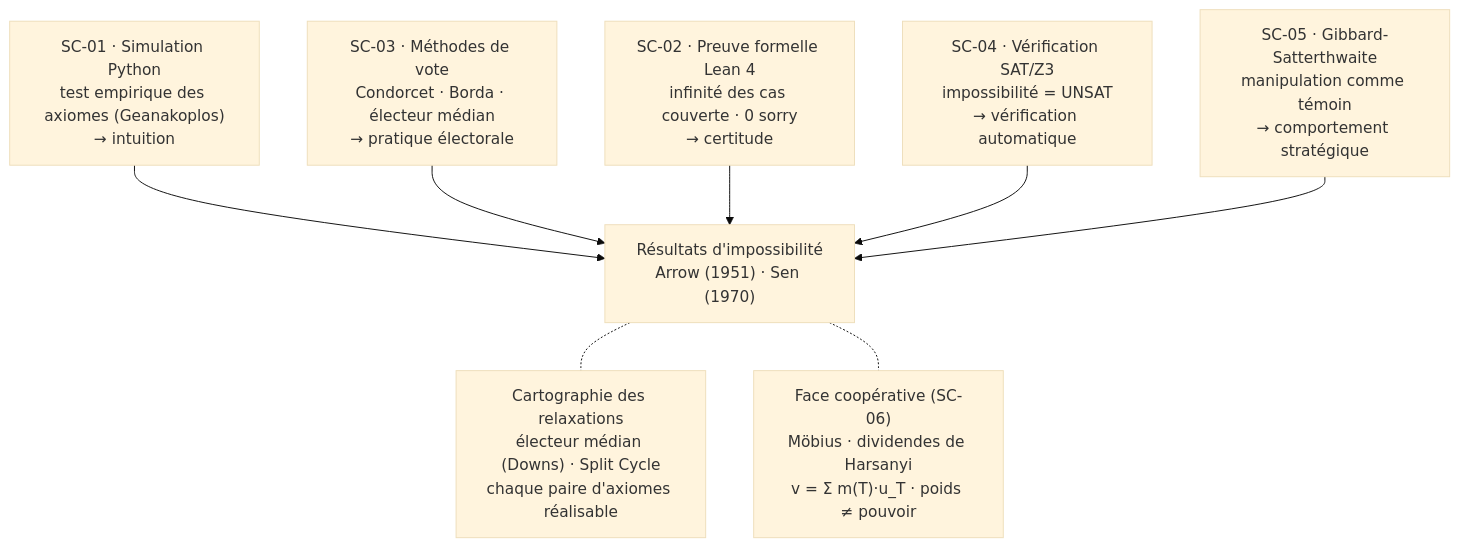
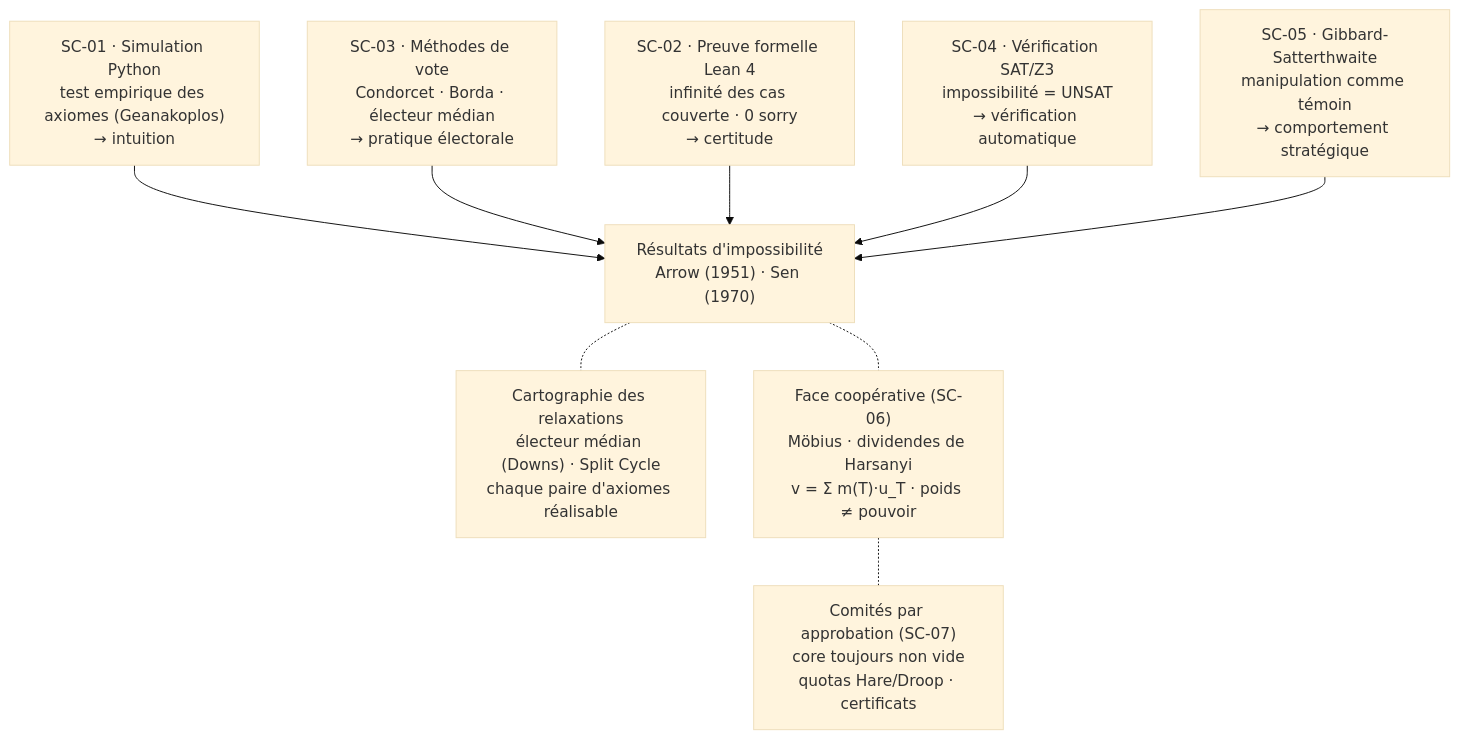
One commit to jsboige/CoursIA changed the diagram in MyIA.AI.Notebooks/GameTheory/SocialChoice/README.md. Above: the diagram before and after it, drawn with Mermaid (base theme). The commit also changed other lines of this file and 1 other file, not shown here.

````diff
--- a/MyIA.AI.Notebooks/GameTheory/SocialChoice/README.md
+++ b/MyIA.AI.Notebooks/GameTheory/SocialChoice/README.md
@@ -50,18 +50,19 @@
 ```mermaid
 flowchart TD
     Result["Résultats d'impossibilité<br/>Arrow (1951) · Sen (1970)"]
 
     E1["SC-01 · Simulation Python<br/>test empirique des axiomes (Geanakoplos)<br/>→ intuition"]
     E2["SC-03 · Méthodes de vote<br/>Condorcet · Borda · électeur médian<br/>→ pratique électorale"]
     E3["SC-02 · Preuve formelle Lean 4<br/>infinité des cas couverte · 0 sorry<br/>→ certitude"]
     E4["SC-04 · Vérification SAT/Z3<br/>impossibilité = UNSAT<br/>→ vérification automatique"]
     E5["SC-05 · Gibbard-Satterthwaite<br/>manipulation comme témoin<br/>→ comportement stratégique"]
 
     E1 --> Result
     E2 --> Result
     E3 --> Result
     E4 --> Result
     E5 --> Result
     Result -.- Relax["Cartographie des relaxations<br/>électeur médian (Downs) · Split Cycle<br/>chaque paire d'axiomes réalisable"]
     Result -.- Coop["Face coopérative (SC-06)<br/>Möbius · dividendes de Harsanyi<br/>v = Σ m(T)·u_T · poids ≠ pouvoir"]
+    Coop -.- Comm["Comités par approbation (SC-07)<br/>core toujours non vide<br/>quotas Hare/Droop · certificats"]
 ```
````
